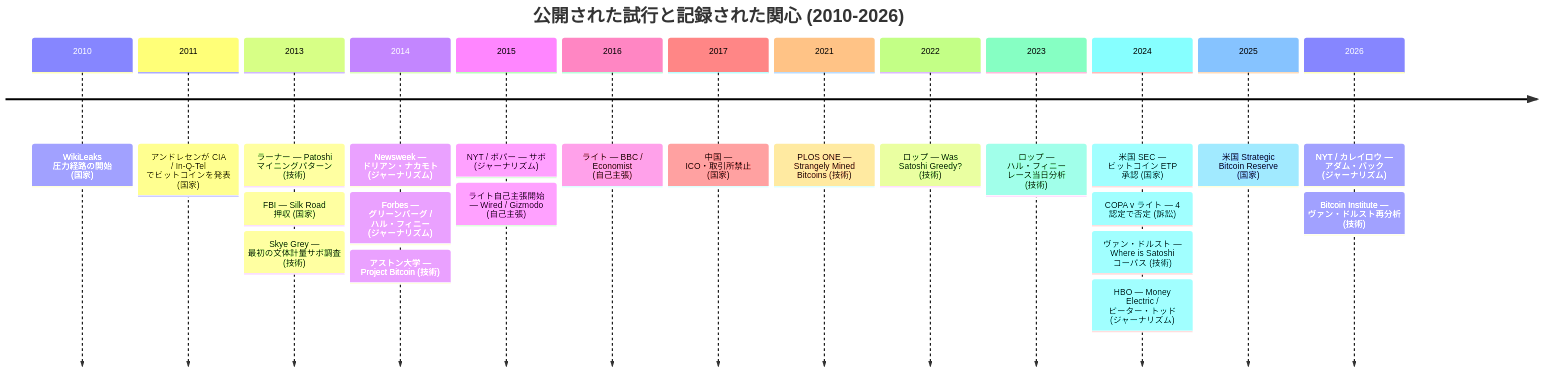
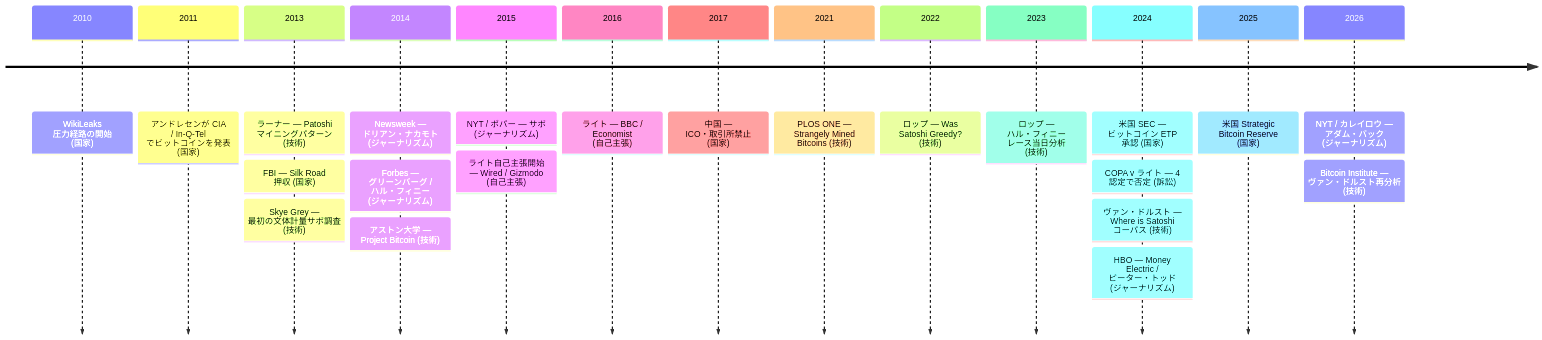
The diagram in src/data/translations/ja/analysis/2008-10-31-satoshi-identification-asymmetry.md (cypher256/BitcoinArchive), drawn with Mermaid before and after one commit. The commit also changed other lines of this file and 50 other files, not shown here.

````diff
--- a/src/data/translations/ja/analysis/2008-10-31-satoshi-identification-asymmetry.md
+++ b/src/data/translations/ja/analysis/2008-10-31-satoshi-identification-asymmetry.md
@@ -100,26 +102,25 @@
 ```mermaid
 timeline
-    title 公開された試行と記録された関心 (2010-2026)
     2010 : WikiLeaks 圧力経路の開始 (国家)
     2011 : アンドレセンが CIA / In-Q-Tel でビットコインを発表 (国家)
     2013 : ラーナー — Patoshi マイニングパターン (技術)
          : FBI — Silk Road 押収 (国家)
          : Skye Grey — 最初の文体計量サボ調査 (技術)
     2014 : Newsweek — ドリアン・ナカモト (ジャーナリズム)
          : Forbes — グリーンバーグ / ハル・フィニー (ジャーナリズム)
          : アストン大学 — Project Bitcoin (技術)
     2015 : NYT / ポパー — サボ (ジャーナリズム)
          : ライト自己主張開始 — Wired / Gizmodo (自己主張)
     2016 : ライト — BBC / Economist (自己主張)
     2017 : 中国 — ICO・取引所禁止 (国家)
     2021 : PLOS ONE — Strangely Mined Bitcoins (技術)
     2022 : ロップ — Was Satoshi Greedy? (技術)
     2023 : ロップ — ハル・フィニー レース当日分析 (技術)
     2024 : 米国 SEC — ビットコイン ETP 承認 (国家)
          : COPA v ライト — 4 認定で否定 (訴訟)
          : ヴァン・ドルスト — Where is Satoshi コーパス (技術)
          : HBO — Money Electric / ピーター・トッド (ジャーナリズム)
     2025 : 米国 Strategic Bitcoin Reserve (国家)
     2026 : NYT / カレイロウ — アダム・バック (ジャーナリズム)
          : Bitcoin Institute — ヴァン・ドルスト再分析 (技術)
 ```
````
